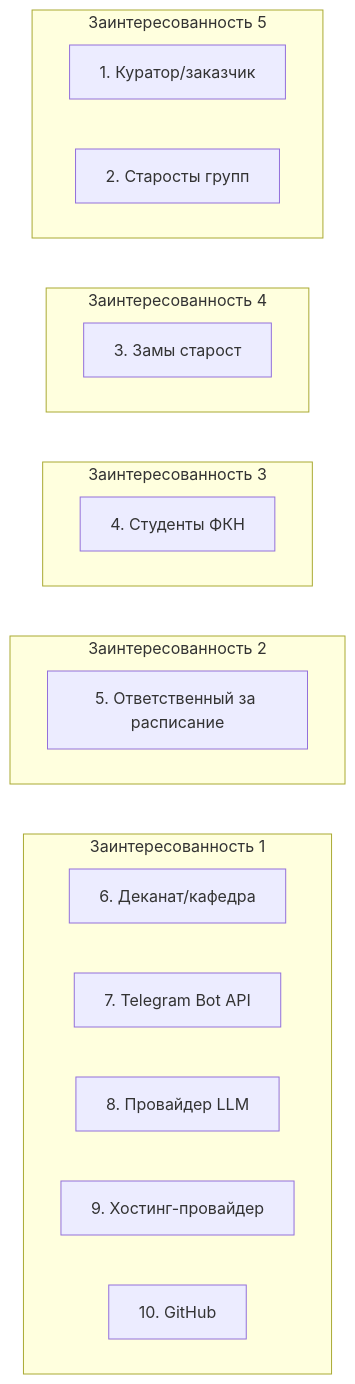
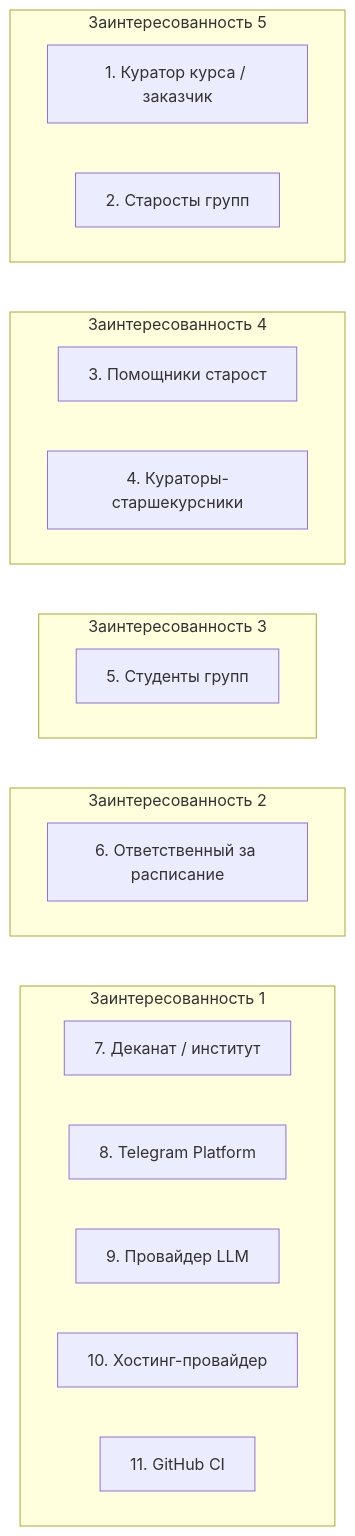
The third of 3 diagrams in docs/stage1/04-реестр-заинтересованных-сторон.md (Ivansups/Zeta), drawn with Mermaid before and after one commit. The commit also changed other lines of this file and 25 other files, not shown here.

````diff
--- a/docs/stage1/04-реестр-заинтересованных-сторон.md
+++ b/docs/stage1/04-реестр-заинтересованных-сторон.md
@@ -96,29 +92,30 @@
 ```mermaid
 graph TD
     subgraph N5["Заинтересованность 5"]
         direction LR
-        B1[1. Куратор/заказчик]
+        B1[1. Куратор курса / заказчик]
         B2[2. Старосты групп]
     end
     subgraph N4["Заинтересованность 4"]
         direction LR
-        B3[3. Замы старост]
+        B3[3. Помощники старост]
+        B4[4. Кураторы-старшекурсники]
     end
     subgraph N3["Заинтересованность 3"]
         direction LR
-        B4[4. Студенты ФКН]
+        B5[5. Студенты групп]
     end
     subgraph N2["Заинтересованность 2"]
         direction LR
-        B5[5. Ответственный за расписание]
+        B6[6. Ответственный за расписание]
     end
     subgraph N1["Заинтересованность 1"]
         direction LR
-        B6[6. Деканат/кафедра]
-        B7[7. Telegram Bot API]
-        B8[8. Провайдер LLM]
-        B9[9. Хостинг-провайдер]
-        B10[10. GitHub]
+        B7[7. Деканат / институт]
+        B8[8. Telegram Platform]
+        B9[9. Провайдер LLM]
+        B10[10. Хостинг-провайдер]
+        B11[11. GitHub CI]
     end
     N5 ~~~ N4 ~~~ N3 ~~~ N2 ~~~ N1
 ```
````
